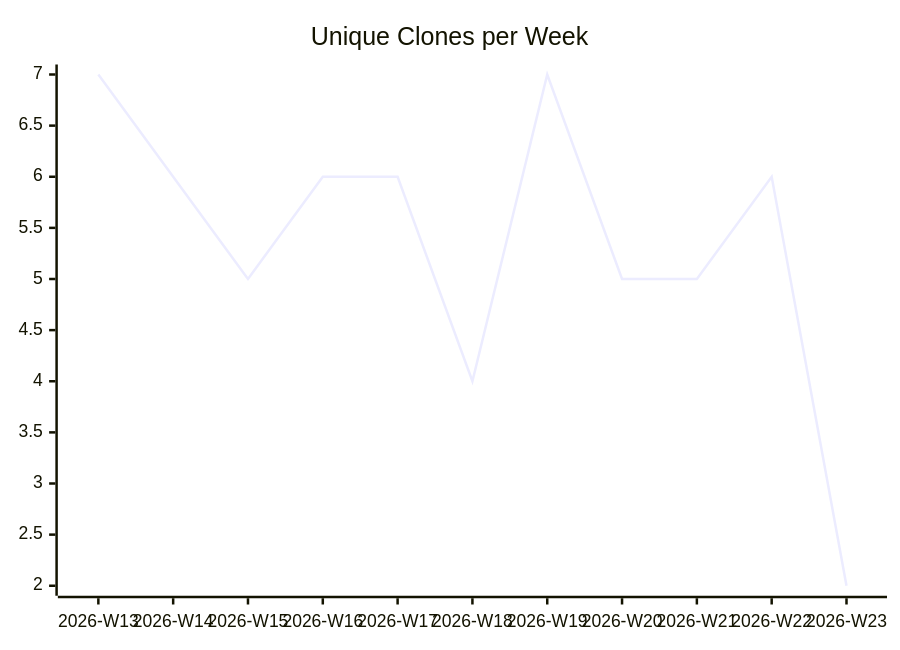
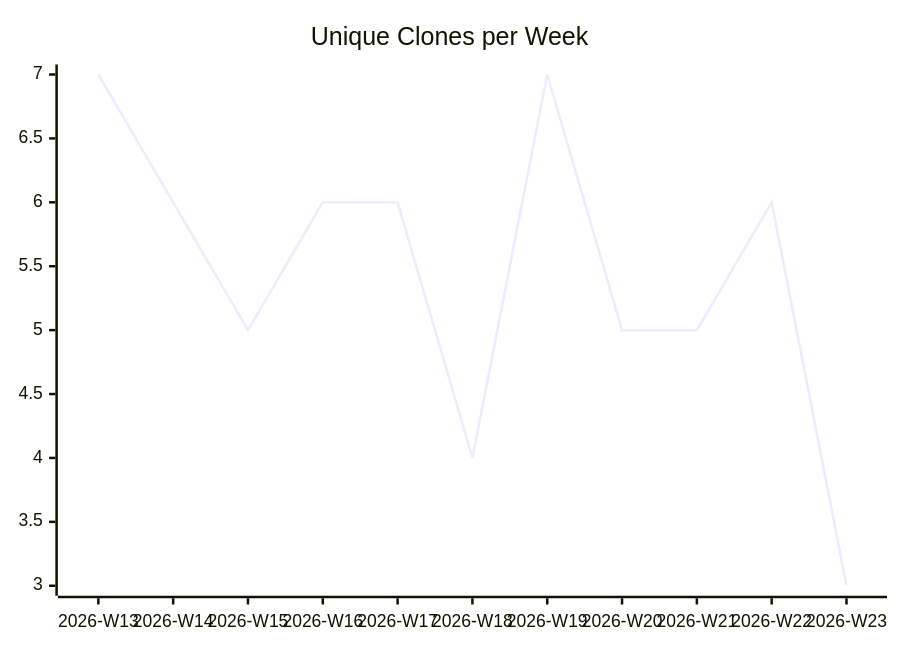
The third of 3 diagrams in karlmdavis/lego-ev3dev-rs/README.md (justdavis-family/github-analytics-data), drawn with Mermaid before and after one commit. The commit also changed other lines of this file and 188 other files, not shown here.

````diff
--- a/karlmdavis/lego-ev3dev-rs/README.md
+++ b/karlmdavis/lego-ev3dev-rs/README.md
@@ -19,6 +19,6 @@
 ```mermaid
 xychart-beta
   title "Unique Clones per Week"
   x-axis ["2026-W13", "2026-W14", "2026-W15", "2026-W16", "2026-W17", "2026-W18", "2026-W19", "2026-W20", "2026-W21", "2026-W22", "2026-W23"]
-  line [7, 6, 5, 6, 6, 4, 7, 5, 5, 6, 2]
+  line [7, 6, 5, 6, 6, 4, 7, 5, 5, 6, 3]
 ```
````
